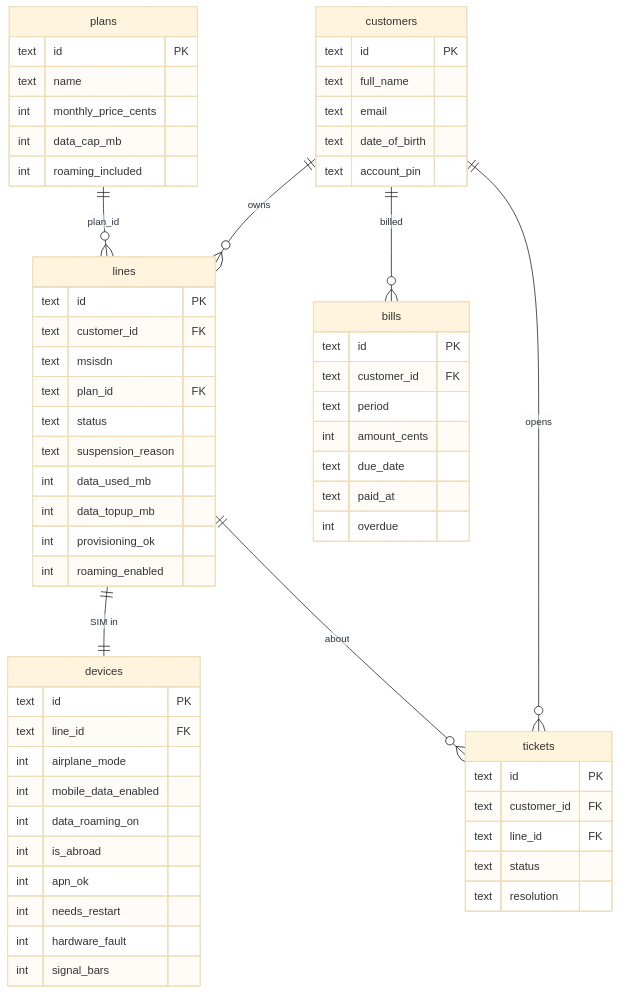
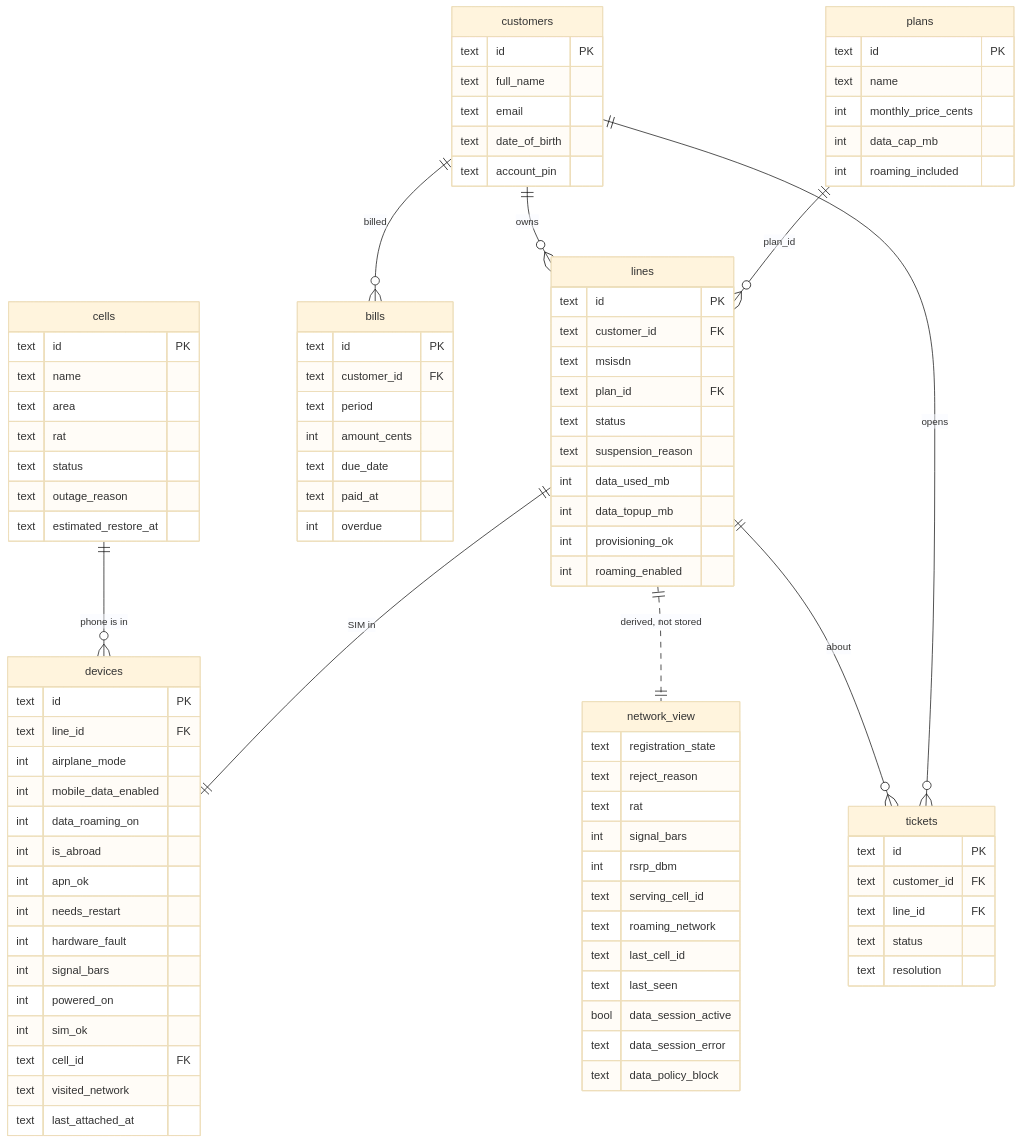
Before and after one commit to zahidhusham-cmyk/fde-support-agent-northwind: the diagram in README.md, drawn with Mermaid (base theme). The commit also changed other lines of this file and 26 other files, not shown here.

Commit message:
Carrier network view (derived), cells/outages, s13 tower outage + s14 SIM scenarios; ServiceNow-first docs, Stripe optional

```diff
--- a/README.md
+++ b/README.md
@@ -61,6 +66,8 @@
     customers ||--o{ tickets : opens
     lines ||--|| devices : "SIM in"
     lines ||--o{ tickets : about
+    cells ||--o{ devices : "phone is in"
+    lines ||..|| network_view : "derived, not stored"
 
     plans {
         text id PK
@@ -108,6 +115,34 @@
         int needs_restart
         int hardware_fault
         int signal_bars
+        int powered_on
+        int sim_ok
+        text cell_id FK
+        text visited_network
+        text last_attached_at
+    }
+    cells {
+        text id PK
+        text name
+        text area
+        text rat
+        text status
+        text outage_reason
+        text estimated_restore_at
+    }
+    network_view {
+        text registration_state
+        text reject_reason
+        text rat
+        int signal_bars
+        int rsrp_dbm
+        text serving_cell_id
+        text roaming_network
+        text last_cell_id
+        text last_seen
+        bool data_session_active
+        text data_session_error
+        text data_policy_block
     }
     tickets {
         text id PK
```
